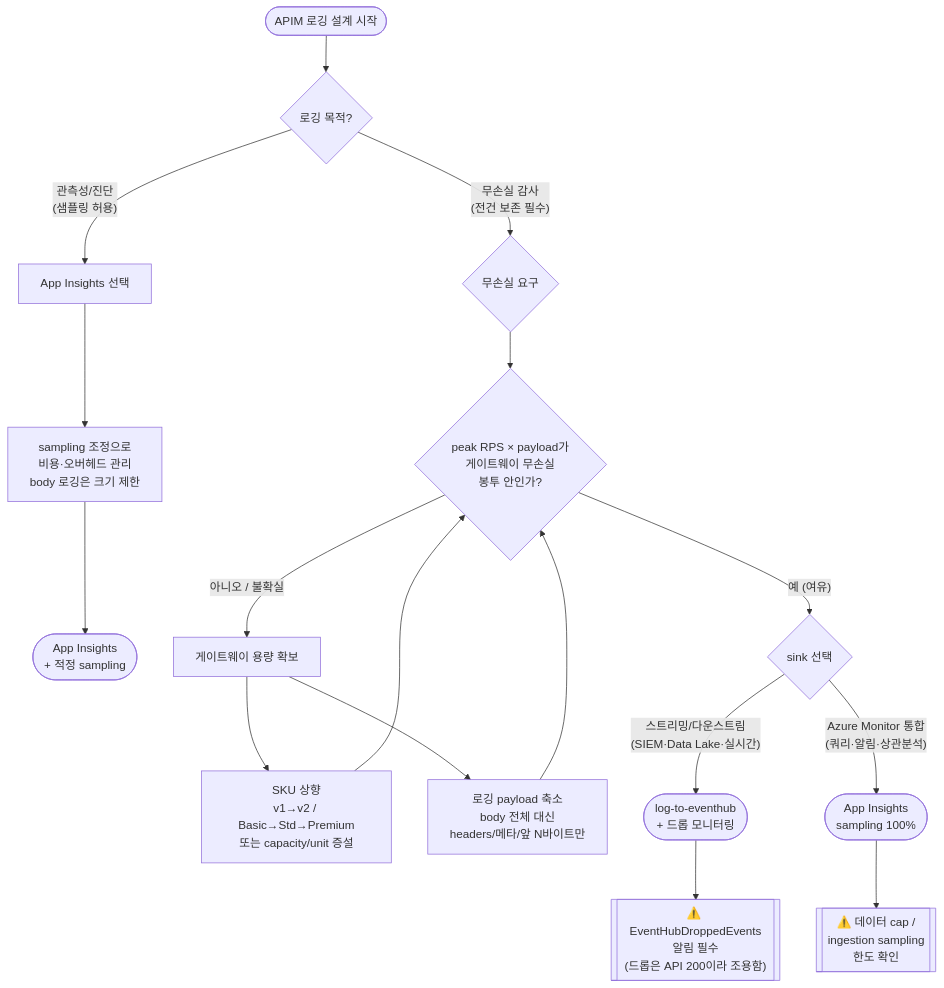
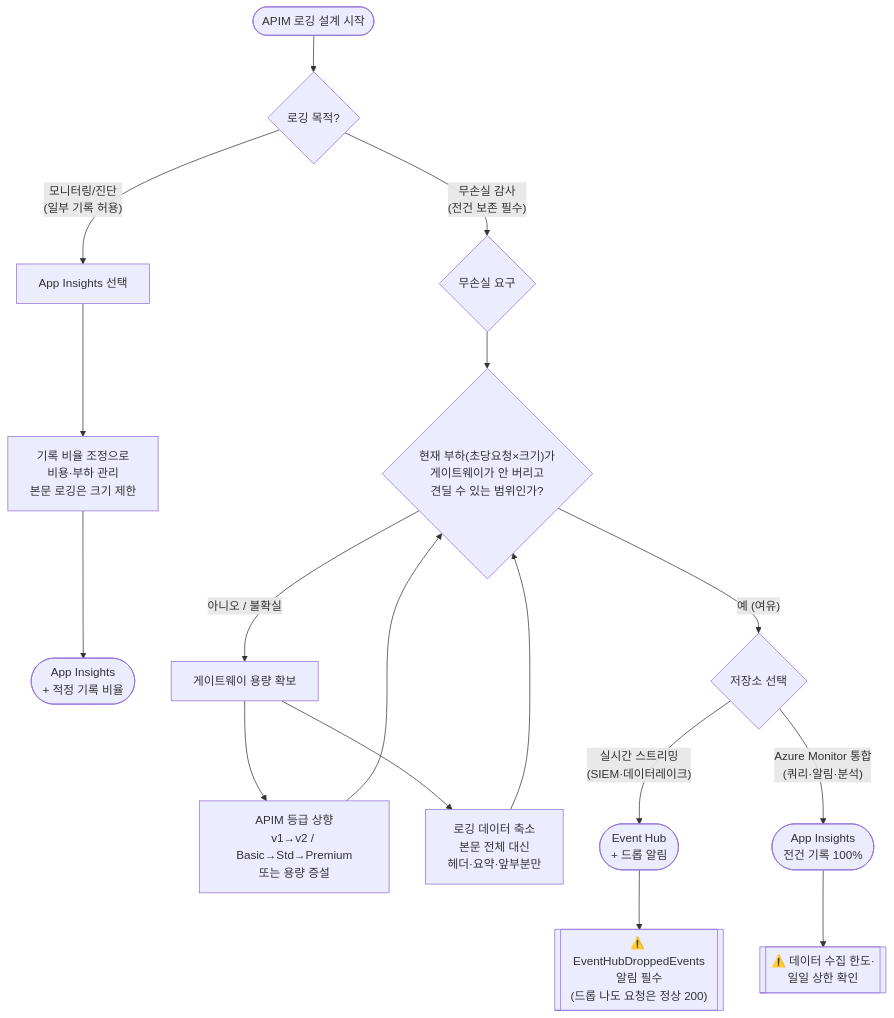
Before and after one commit to ChangJu-Ahn/Azure-AI-Gateway-KR: the diagram in labs/lab13-logging-perf-benchmark/DECISION-TREE.md, drawn with Mermaid. The commit also changed other lines of this file and 1 other file, not shown here.

First line of the commit message:
docs(lab13): 어려운 용어 쉽게 풀고 1,000 RPS 미검증 한계 명시

````diff
--- a/labs/lab13-logging-perf-benchmark/DECISION-TREE.md
+++ b/labs/lab13-logging-perf-benchmark/DECISION-TREE.md
@@ -22,26 +29,26 @@
 ```mermaid
 flowchart TD
     START([APIM 로깅 설계 시작]) --> PURPOSE{로깅 목적?}
 
-    PURPOSE -->|"관측성/진단<br/>(샘플링 허용)"| AI_PATH[App Insights 선택]
+    PURPOSE -->|"모니터링/진단<br/>(일부 기록 허용)"| AI_PATH[App Insights 선택]
     PURPOSE -->|"무손실 감사<br/>(전건 보존 필수)"| LOSSLESS{무손실 요구}
 
-    AI_PATH --> AI_SAMP[sampling 조정으로<br/>비용·오버헤드 관리<br/>body 로깅은 크기 제한]
-    AI_SAMP --> AI_DONE([App Insights<br/>+ 적정 sampling])
+    AI_PATH --> AI_SAMP[기록 비율 조정으로<br/>비용·부하 관리<br/>본문 로깅은 크기 제한]
+    AI_SAMP --> AI_DONE([App Insights<br/>+ 적정 기록 비율])
 
-    LOSSLESS --> LOAD{"peak RPS × payload가<br/>게이트웨이 무손실<br/>봉투 안인가?"}
+    LOSSLESS --> LOAD{"현재 부하(초당요청×크기)가<br/>게이트웨이가 안 버리고<br/>견딜 수 있는 범위인가?"}
 
-    LOAD -->|"예 (여유)"| SINK{sink 선택}
+    LOAD -->|"예 (여유)"| SINK{저장소 선택}
     LOAD -->|"아니오 / 불확실"| SCALE[게이트웨이 용량 확보]
 
-    SCALE --> SKU_UP[SKU 상향<br/>v1→v2 / Basic→Std→Premium<br/>또는 capacity/unit 증설]
-    SCALE --> PAYLOAD_CUT[로깅 payload 축소<br/>body 전체 대신<br/>headers/메타/앞 N바이트만]
+    SCALE --> SKU_UP[APIM 등급 상향<br/>v1→v2 / Basic→Std→Premium<br/>또는 용량 증설]
+    SCALE --> PAYLOAD_CUT[로깅 데이터 축소<br/>본문 전체 대신<br/>헤더·요약·앞부분만]
     SKU_UP --> LOAD
     PAYLOAD_CUT --> LOAD
 
-    SINK -->|"스트리밍/다운스트림<br/>(SIEM·Data Lake·실시간)"| EH_DONE([log-to-eventhub<br/>+ 드롭 모니터링])
-    SINK -->|"Azure Monitor 통합<br/>(쿼리·알림·상관분석)"| AI_100([App Insights<br/>sampling 100%])
+    SINK -->|"실시간 스트리밍<br/>(SIEM·데이터레이크)"| EH_DONE([Event Hub<br/>+ 드롭 알림])
+    SINK -->|"Azure Monitor 통합<br/>(쿼리·알림·분석)"| AI_100([App Insights<br/>전건 기록 100%])
 
-    EH_DONE --> MON[["⚠️ EventHubDroppedEvents<br/>알림 필수<br/>(드롭은 API 200이라 조용함)"]]
-    AI_100 --> CAP[["⚠️ 데이터 cap /<br/>ingestion sampling<br/>한도 확인"]]
+    EH_DONE --> MON[["⚠️ EventHubDroppedEvents<br/>알림 필수<br/>(드롭 나도 요청은 정상 200)"]]
+    AI_100 --> CAP[["⚠️ 데이터 수집 한도·<br/>일일 상한 확인"]]
 ```
````
